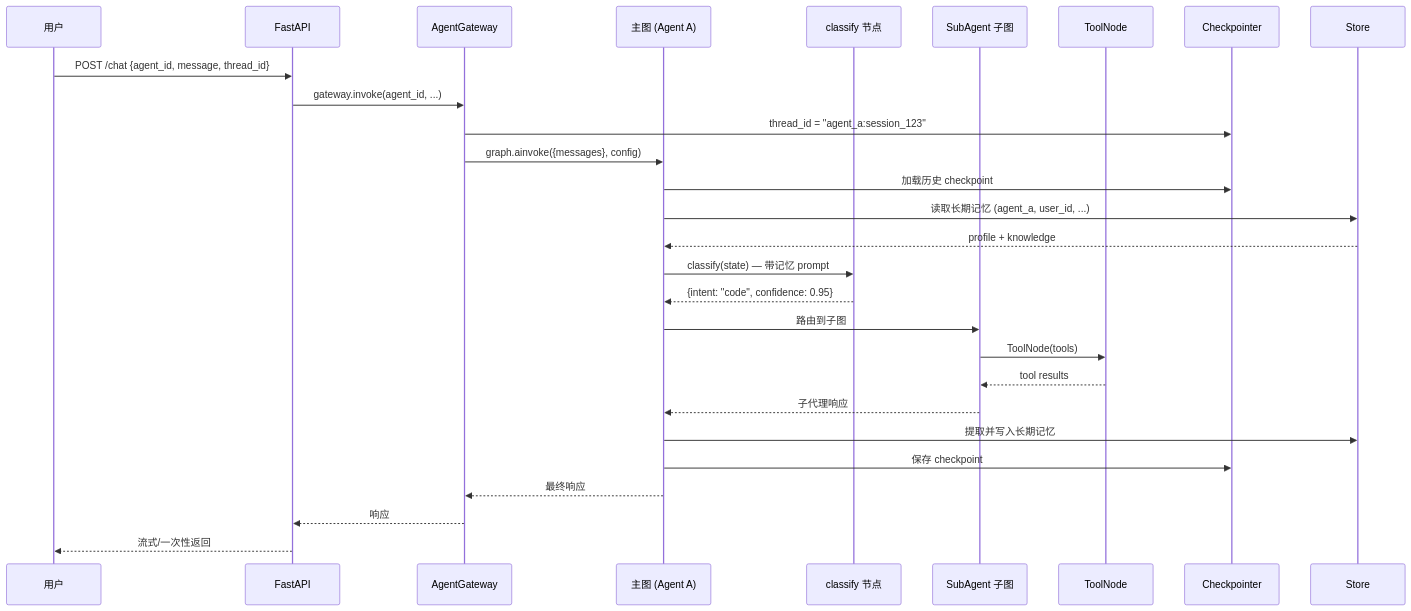
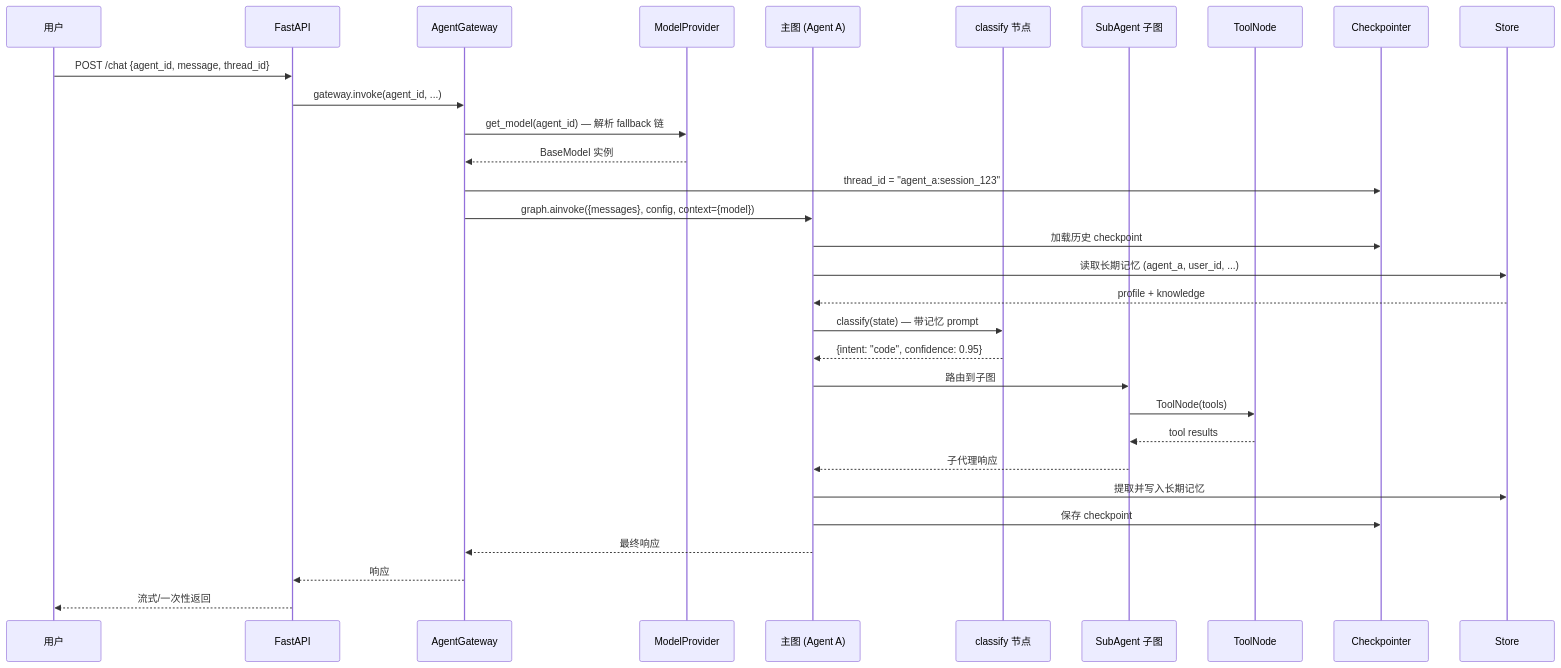
Before and after one commit to heelynn/artipivot: the diagram in doc/ARCHITECTURE.md, drawn with Mermaid. The commit also changed other lines of this file and 2 other files, not shown here.

````diff
--- a/doc/ARCHITECTURE.md
+++ b/doc/ARCHITECTURE.md
@@ -487,35 +2285,38 @@
 ```mermaid
 sequenceDiagram
     participant U as 用户
     participant API as FastAPI
     participant GW as AgentGateway
+    participant MP as ModelProvider
     participant G as 主图 (Agent A)
     participant C as classify 节点
     participant SA as SubAgent 子图
     participant TN as ToolNode
     participant CP as Checkpointer
     participant ST as Store
 
     U->>API: POST /chat {agent_id, message, thread_id}
     API->>GW: gateway.invoke(agent_id, ...)
+    GW->>MP: get_model(agent_id) — 解析 fallback 链
+    MP-->>GW: BaseModel 实例
     GW->>CP: thread_id = "agent_a:session_123"
-    GW->>G: graph.ainvoke({messages}, config)
+    GW->>G: graph.ainvoke({messages}, config, context={model})
 
     G->>CP: 加载历史 checkpoint
     G->>ST: 读取长期记忆 (agent_a, user_id, ...)
     ST-->>G: profile + knowledge
 
     G->>C: classify(state) — 带记忆 prompt
     C-->>G: {intent: "code", confidence: 0.95}
 
     G->>SA: 路由到子图
     SA->>TN: ToolNode(tools)
     TN-->>SA: tool results
     SA-->>G: 子代理响应
 
     G->>ST: 提取并写入长期记忆
     G->>CP: 保存 checkpoint
     G-->>GW: 最终响应
     GW-->>API: 响应
     API-->>U: 流式/一次性返回
 ```
````
